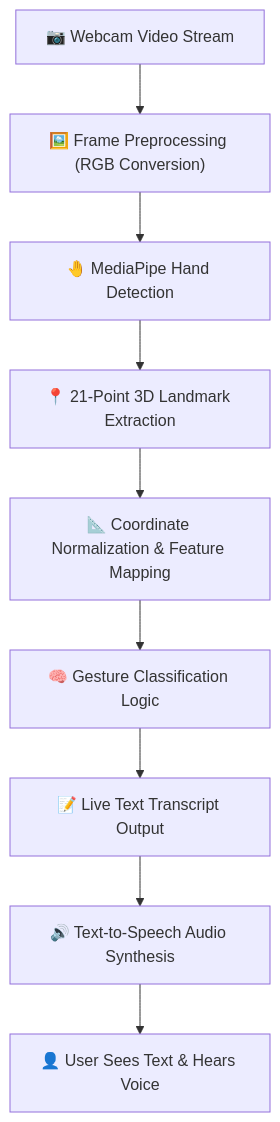
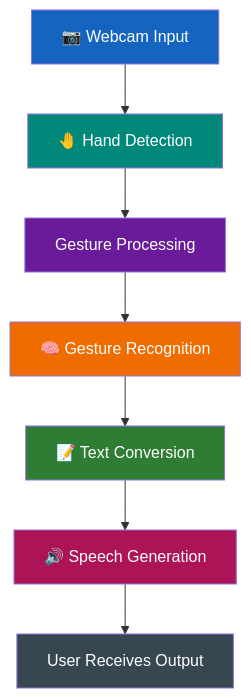
Before and after one commit to suryaprakashs0629/Sign-Language-To-Voice-Text-Conversion: the diagram in README.md, drawn with Mermaid. The commit also changed other lines of this file, not shown here.

````diff
--- a/README.md
+++ b/README.md
@@ -116,11 +138,17 @@
 ```mermaid
 flowchart TD
-    A["📷 Webcam Video Stream"] --> B["🖼️ Frame Preprocessing (RGB Conversion)"]
-    B --> C["🤚 MediaPipe Hand Detection"]
-    C --> D["📍 21-Point 3D Landmark Extraction"]
-    D --> E["📐 Coordinate Normalization & Feature Mapping"]
-    E --> F["🧠 Gesture Classification Logic"]
-    F --> G["📝 Live Text Transcript Output"]
-    G --> H["🔊 Text-to-Speech Audio Synthesis"]
-    H --> I["👤 User Sees Text & Hears Voice"]
+    A["📷 Webcam Input"] --> B["🤚 Hand Detection"]
+    B --> C["Gesture Processing"]
+    C --> D["🧠 Gesture Recognition"]
+    D --> E["📝 Text Conversion"]
+    E --> F["🔊 Speech Generation"]
+    F --> G["User Receives Output"]
+
+    style A fill:#1565C0,color:#fff
+    style B fill:#00897B,color:#fff
+    style C fill:#6A1B9A,color:#fff
+    style D fill:#EF6C00,color:#fff
+    style E fill:#2E7D32,color:#fff
+    style F fill:#AD1457,color:#fff
+    style G fill:#37474F,color:#fff
 ```
````
